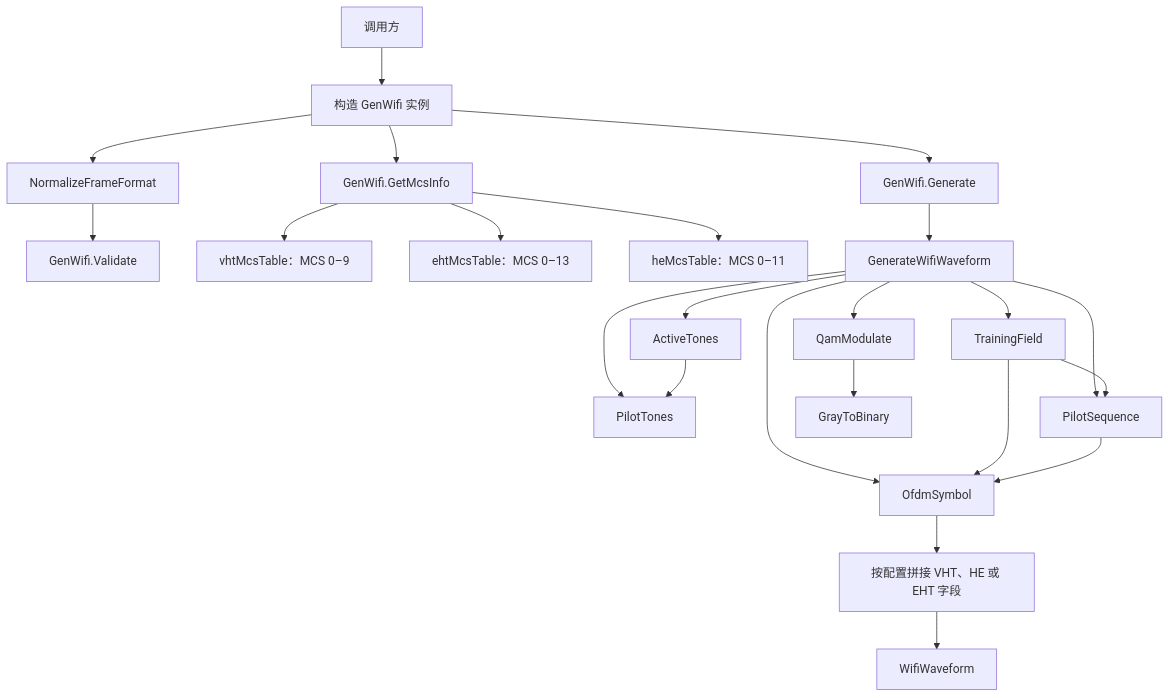
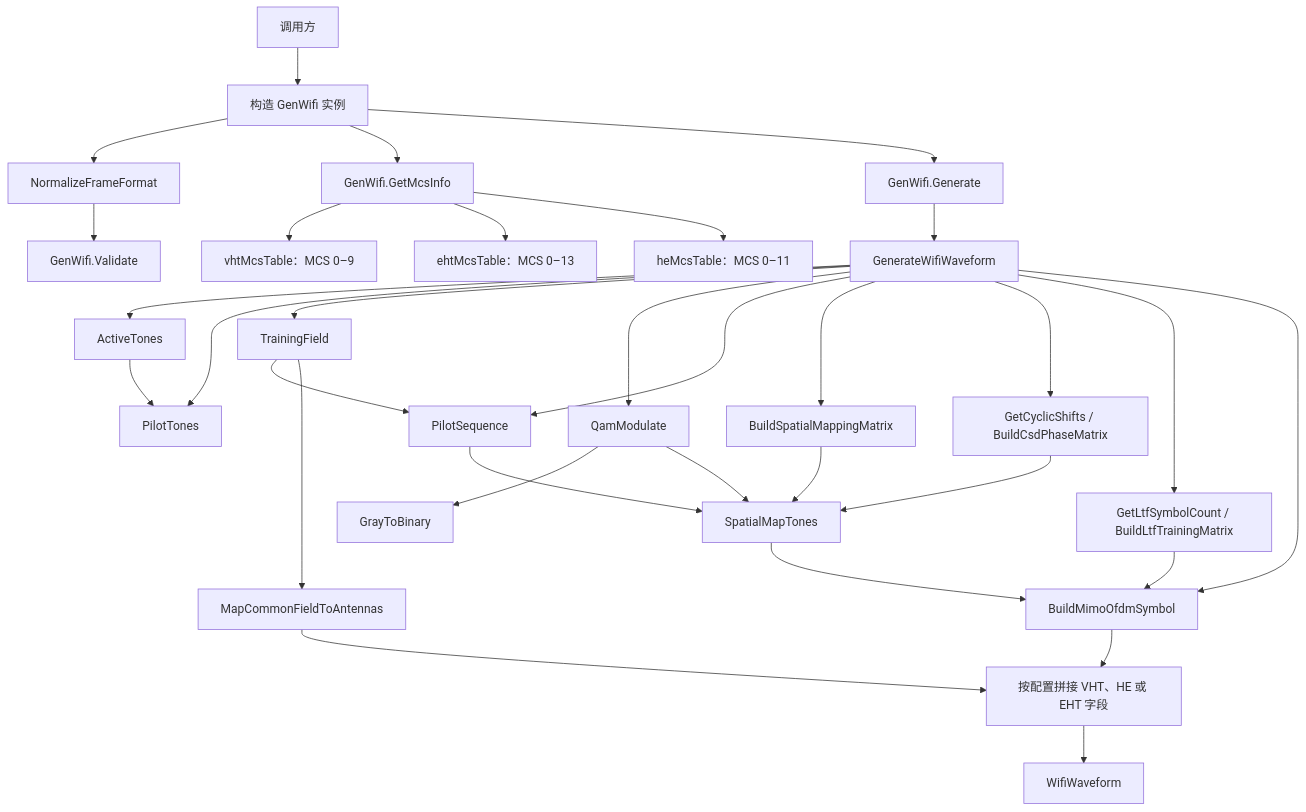
The second of 12 diagrams in README.md (niyilu45/DPD_ILC), drawn with Mermaid before and after one commit. The commit also changed other lines of this file and 18 other files, not shown here.

````diff
--- a/README.md
+++ b/README.md
@@ -106,27 +122,36 @@
 ```mermaid
 flowchart TD
     caller["调用方"] --> config["构造 GenWifi 实例"]
     config --> normalize["NormalizeFrameFormat"]
     normalize --> validate["GenWifi.Validate"]
     config --> mcs["GenWifi.GetMcsInfo"]
     config --> generate["GenWifi.Generate"]
     mcs --> vhtTable["vhtMcsTable：MCS 0–9"]
     mcs --> ehtTable["ehtMcsTable：MCS 0–13"]
     mcs --> heTable["heMcsTable：MCS 0–11"]
     generate --> privateGenerate["GenerateWifiWaveform"]
 
     privateGenerate --> active["ActiveTones"]
     privateGenerate --> pilots["PilotTones"]
     active --> pilots
     privateGenerate --> training["TrainingField"]
     privateGenerate --> qam["QamModulate"]
     privateGenerate --> pilotSequence["PilotSequence"]
-    privateGenerate --> ofdm["OfdmSymbol"]
+    privateGenerate --> mapping["BuildSpatialMappingMatrix"]
+    privateGenerate --> csd["GetCyclicShifts / BuildCsdPhaseMatrix"]
+    privateGenerate --> ltf["GetLtfSymbolCount / BuildLtfTrainingMatrix"]
+    privateGenerate --> mimoOfdm["BuildMimoOfdmSymbol"]
 
     qam --> gray["GrayToBinary"]
     training --> pilotSequence
-    training --> ofdm
-    pilotSequence --> ofdm
-    ofdm --> packet["按配置拼接 VHT、HE 或 EHT 字段"]
+    mapping --> spatialTones["SpatialMapTones"]
+    csd --> spatialTones
+    qam --> spatialTones
+    pilotSequence --> spatialTones
+    spatialTones --> mimoOfdm
+    ltf --> mimoOfdm
+    training --> common["MapCommonFieldToAntennas"]
+    common --> packet["按配置拼接 VHT、HE 或 EHT 字段"]
+    mimoOfdm --> packet
     packet --> waveform["WifiWaveform"]
 ```
````
